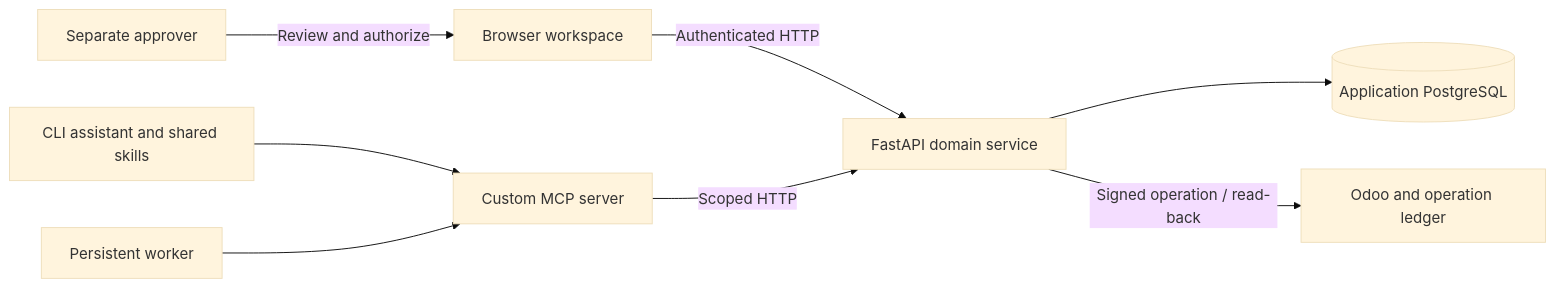
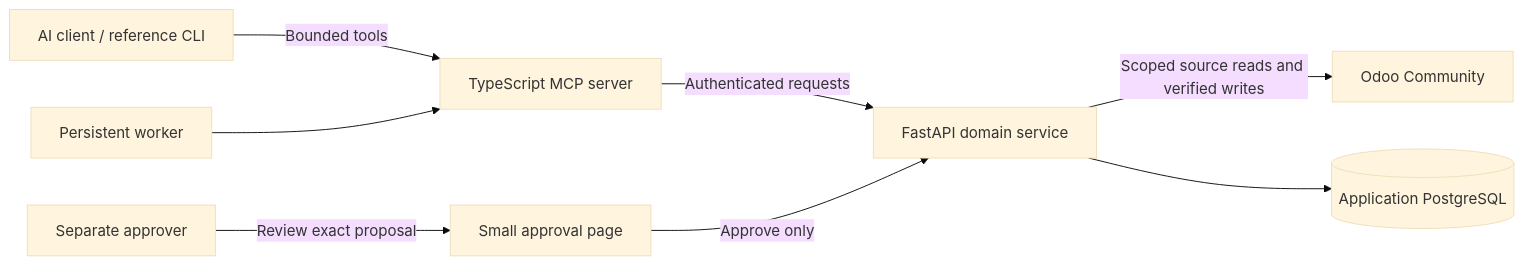
The diagram in README.md (williamlo90/odoo-business-operations-mcp-server), drawn with Mermaid (base theme) before and after one commit. The commit also changed other lines of this file and 20 other files, not shown here.

Commit message:
Phase 9B: make MCP journey the product and browser approval-only

````diff
--- a/README.md
+++ b/README.md
@@ -60,10 +30,10 @@
 ```mermaid
 flowchart LR
-    Browser[Browser workspace] -->|Authenticated HTTP| API[FastAPI domain service]
-    Approver[Separate approver] -->|Review and authorize| Browser
-    Assistant[CLI assistant and shared skills] --> MCP[Custom MCP server]
+    Client[AI client / reference CLI] -->|Bounded tools| MCP[TypeScript MCP server]
+    MCP -->|Authenticated requests| API[FastAPI domain service]
+    API -->|Scoped source reads and verified writes| Odoo[Odoo Community]
+    API --> DB[(Application PostgreSQL)]
+    Human[Separate approver] -->|Review exact proposal| Browser[Small approval page]
+    Browser -->|Approve only| API
     Worker[Persistent worker] --> MCP
-    MCP -->|Scoped HTTP| API
-    API --> DB[(Application PostgreSQL)]
-    API -->|Signed operation / read-back| Odoo[Odoo and operation ledger]
 ```
````
